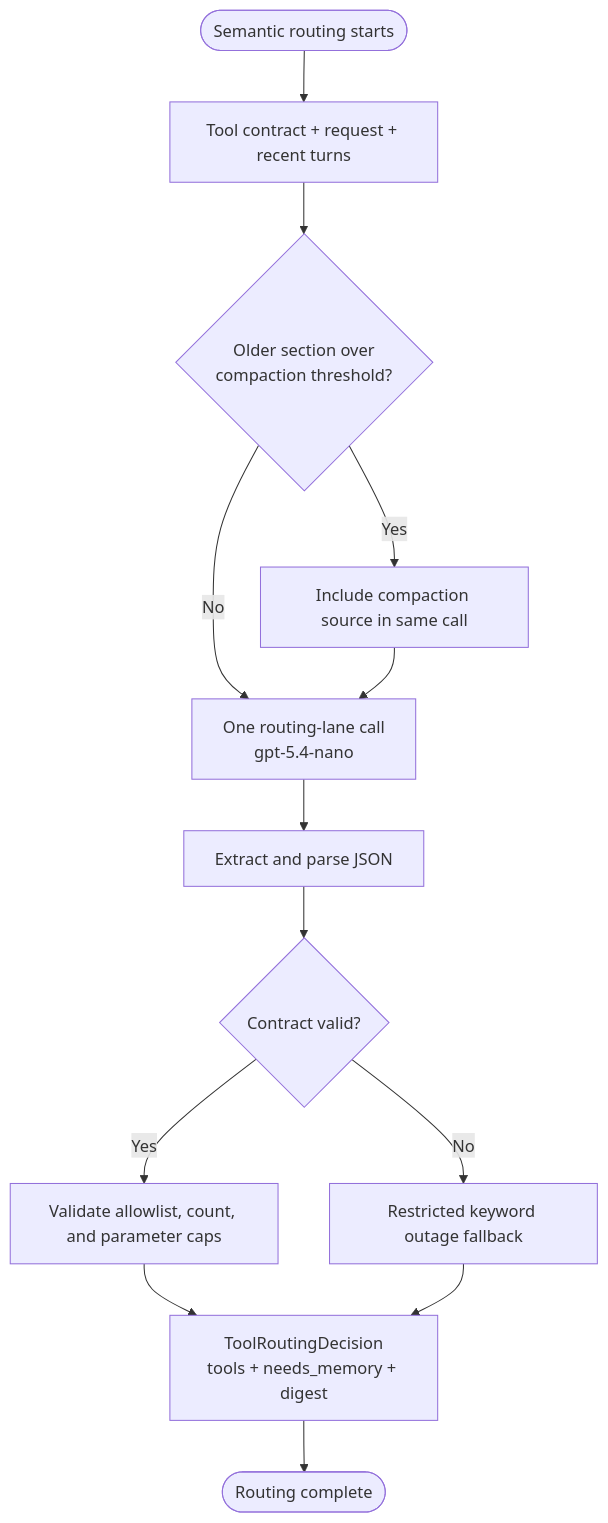
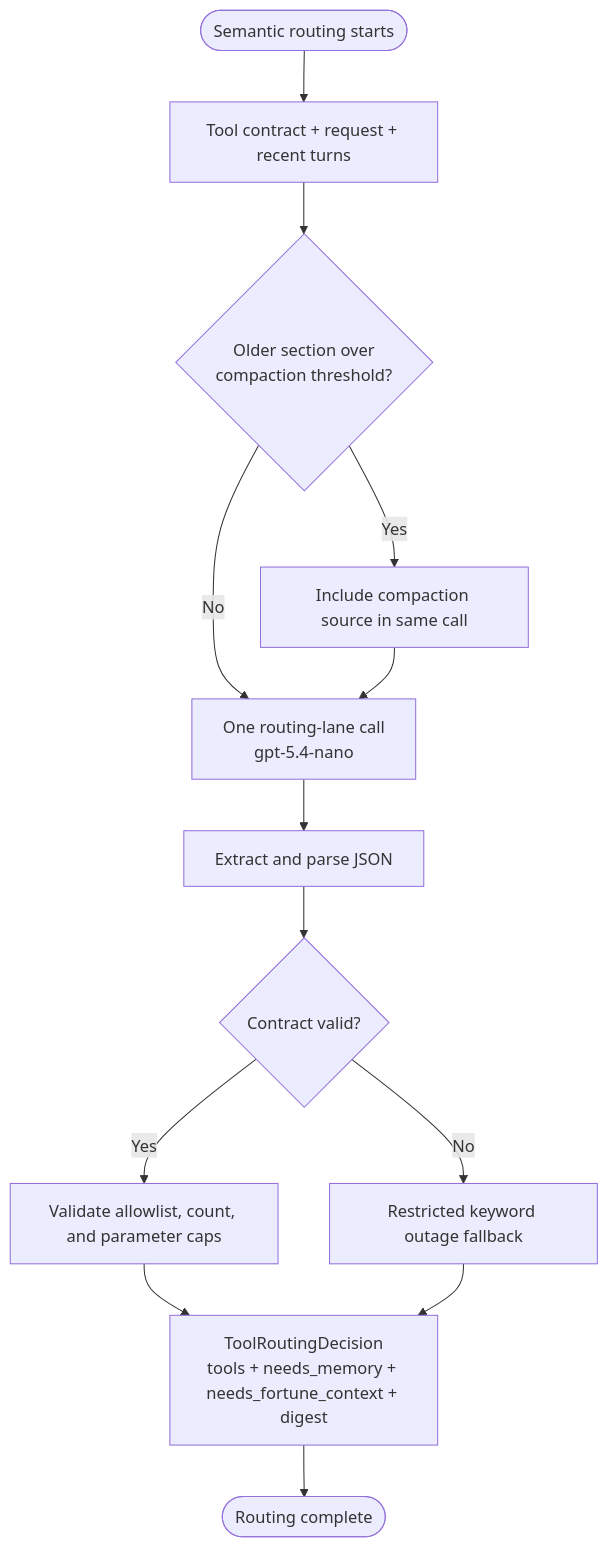
Diagram 11 of 15 in docs/UML_SPEC.en.md (kim0040/masamong), drawn with Mermaid before and after one commit. The commit also changed other lines of this file and 13 other files, not shown here.

````diff
--- a/docs/UML_SPEC.en.md
+++ b/docs/UML_SPEC.en.md
@@ -714,15 +714,15 @@
 ```mermaid
 flowchart TD
     Start([Semantic routing starts]) --> BuildPrompt[Tool contract + request + recent turns]
     BuildPrompt --> NeedDigest{Older section over<br/>compaction threshold?}
     NeedDigest -->|Yes| AddDigest[Include compaction source in same call]
     NeedDigest -->|No| CallRouting
     AddDigest --> CallRouting[One routing-lane call<br/>gpt-5.4-nano]
     CallRouting --> ParseJSON[Extract and parse JSON]
     ParseJSON --> Valid{Contract valid?}
     Valid -->|Yes| Sanitize[Validate allowlist, count, and parameter caps]
     Valid -->|No| Emergency[Restricted keyword outage fallback]
-    Sanitize --> Decision[ToolRoutingDecision<br/>tools + needs_memory + digest]
+    Sanitize --> Decision[ToolRoutingDecision<br/>tools + needs_memory + needs_fortune_context + digest]
     Emergency --> Decision
     Decision --> Done([Routing complete])
 ```
````
